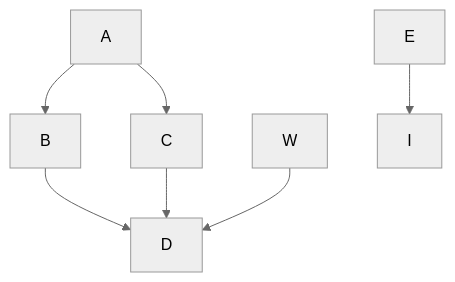
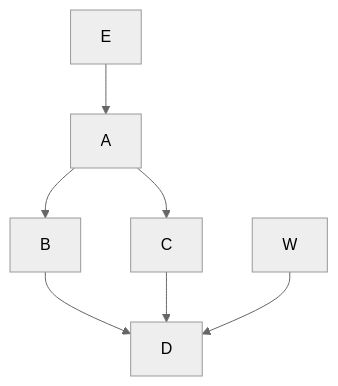
The first of 2 diagrams in test/flow_inline.md (neenjaw/mermaid-markdown-test), drawn with Mermaid (neutral theme) before and after one commit.

````diff
--- a/test/flow_inline.md
+++ b/test/flow_inline.md
@@ -7,10 +7,10 @@
 ```mermaid
 graph TD;
     A-->B;
     A-->C;
     B-->D;
     C-->D;
     W-->D;
-    E-->I;
+    E-->A;
 
 ```
````
